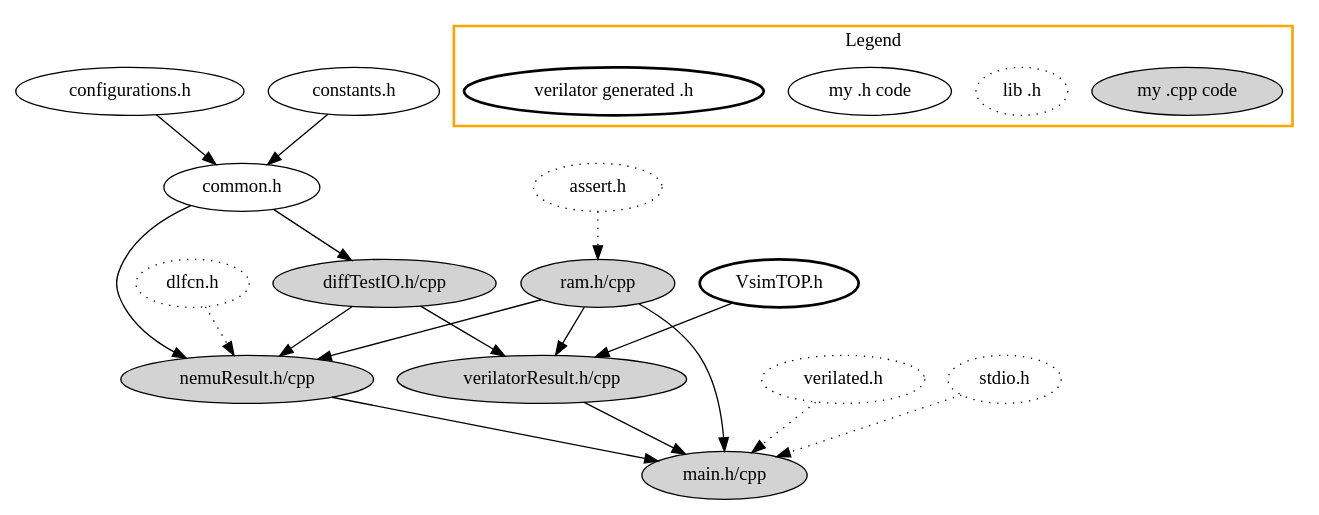
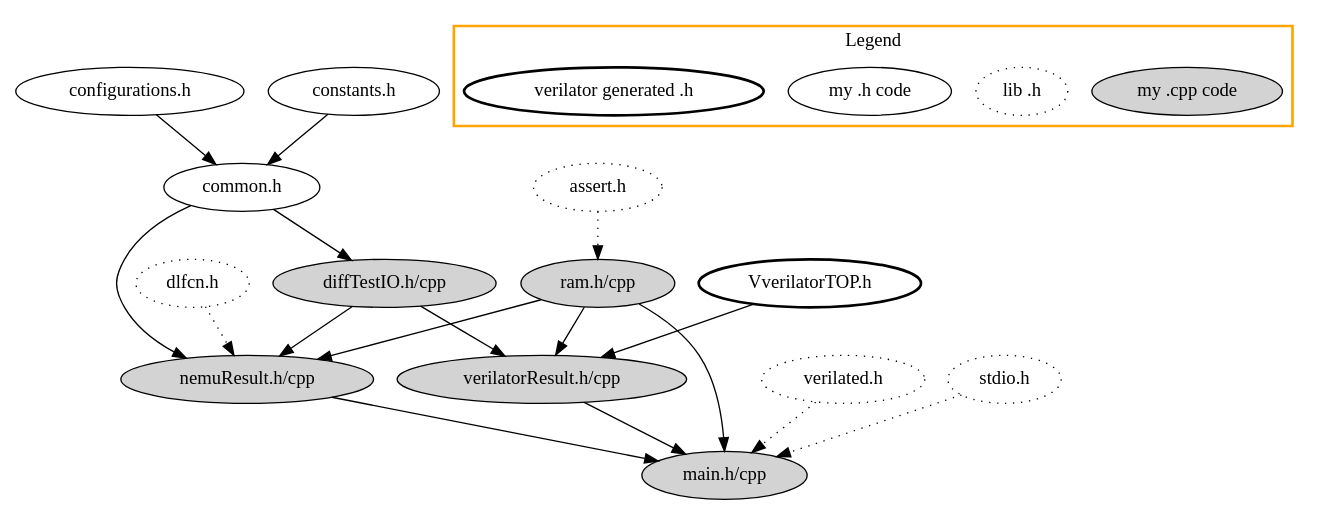
Before and after one commit to yuhengy/coredesign: the diagram in documents/dependChain-verilator.gv, drawn with Graphviz. The commit also changed 21 other files, not shown here.

```diff
--- a/documents/dependChain-verilator.gv
+++ b/documents/dependChain-verilator.gv
@@ -1,48 +1,48 @@
 digraph G {
   "configurations.h" -> "common.h";
   "constants.h" -> "common.h";
   "common.h" -> "diffTestIO.h/cpp", "nemuResult.h/cpp";
   "diffTestIO.h/cpp" -> "verilatorResult.h/cpp", "nemuResult.h/cpp";
   "verilatorResult.h/cpp" -> "main.h/cpp";
 
-  "VsimTOP.h" [style=bold];
-  "VsimTOP.h" -> "verilatorResult.h/cpp";
+  "VverilatorTOP.h" [style=bold];
+  "VverilatorTOP.h" -> "verilatorResult.h/cpp";
 
   "nemuResult.h/cpp" [style=filled];
   "verilatorResult.h/cpp" [style=filled];
   "main.h/cpp" [style=filled];
   "ram.h/cpp" [style=filled];
   "diffTestIO.h/cpp" [style=filled];
 
 
   "verilated.h" [style=dotted];
   "dlfcn.h" [style=dotted];
   "stdio.h" [style=dotted];
   "assert.h" [style=dotted];
   "verilated.h" -> "main.h/cpp" [style=dotted];
   "dlfcn.h" -> "nemuResult.h/cpp" [style=dotted];
   "stdio.h" -> "main.h/cpp" [style=dotted];
   "assert.h" -> "ram.h/cpp" [style=dotted];
 
   "ram.h/cpp" -> "main.h/cpp", "nemuResult.h/cpp", "verilatorResult.h/cpp";
   "nemuResult.h/cpp" -> "main.h/cpp";
 
 
 
   // Legend
   subgraph cluster1 {
     "my .cpp code" [style=filled];
     "lib .h" [style=dotted];
     "my .h code";
     "verilator generated .h" [style=bold];
 
     label = "Legend";
     style=bold;
     color = "orange";
   }
 }
 
 // TODO: 1. Add verilator generated .cpp files as a node.
 //          The intrinsic problem is we cannot draw a node with `style=filled+bold`
 //       2. Add a node represent runnable, which is arrowed by all .cpp.
 //          This can only be done after solve TODO1.
```
